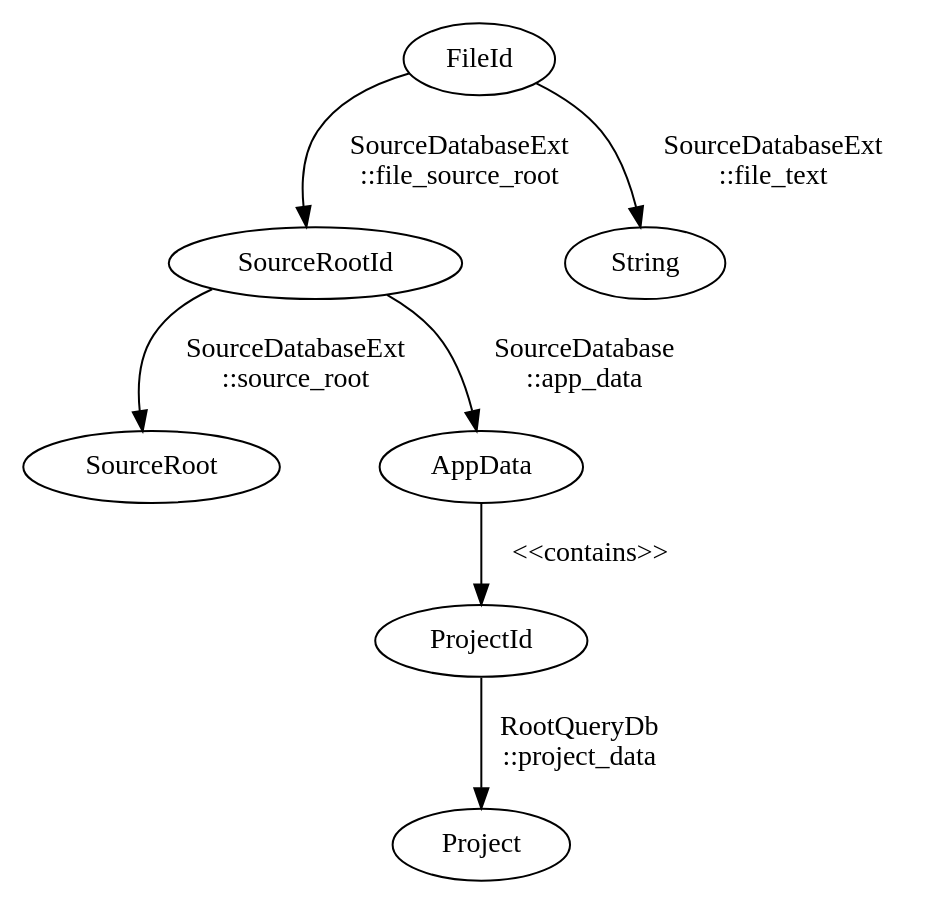
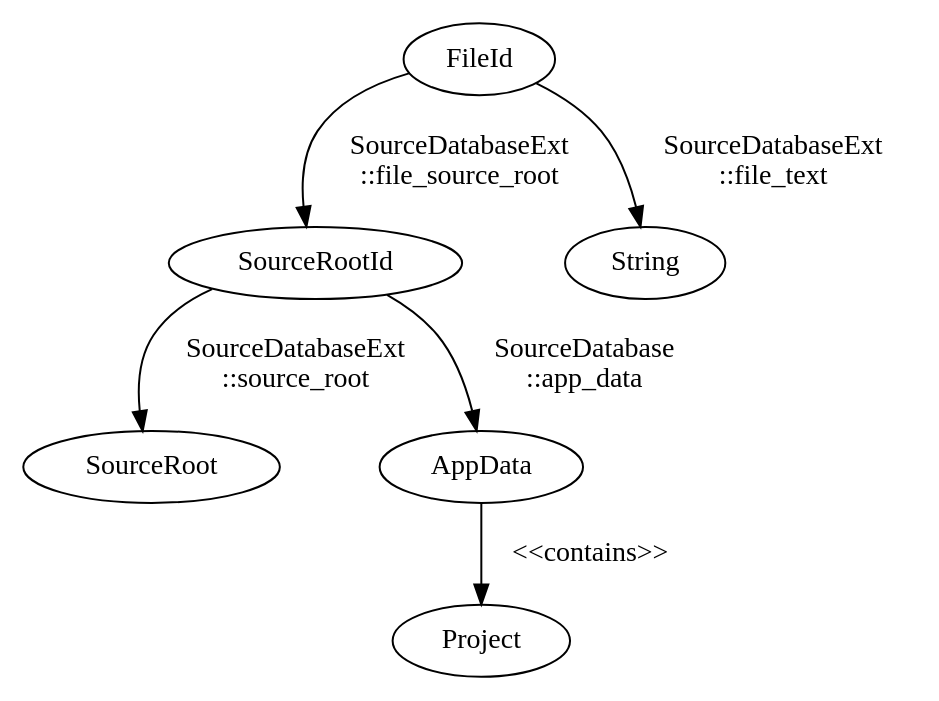
One commit to WhatsApp/erlang-language-platform changed the diagram in docs/input_data_graph.dot. Above: the diagram before and after it, drawn with Graphviz. The commit also changed 45 other files, not shown here.

```diff
--- a/docs/input_data_graph.dot
+++ b/docs/input_data_graph.dot
@@ -1,20 +1,17 @@
 // Convert to PNG by
 // dot -Tpng input_data_graph.dot -o input_data_graph.png
 
 digraph {
     SourceRoot
     SourceRootId
     Project
-    ProjectId
     AppData
     FileId
 
     SourceRootId -> AppData    [label = "SourceDatabase\n::app_data"]
-    ProjectId -> Project       [label = "RootQueryDb\n::project_data" ]
-
-    AppData -> ProjectId       [label = "<<contains>>"]
+    AppData -> Project         [label = "<<contains>>"]
 
     FileId       -> String        [label = "SourceDatabaseExt\n::file_text"]
     FileId       -> SourceRootId  [label = "SourceDatabaseExt\n::file_source_root"]
     SourceRootId -> SourceRoot    [label = "SourceDatabaseExt\n::source_root"]
 }
```
